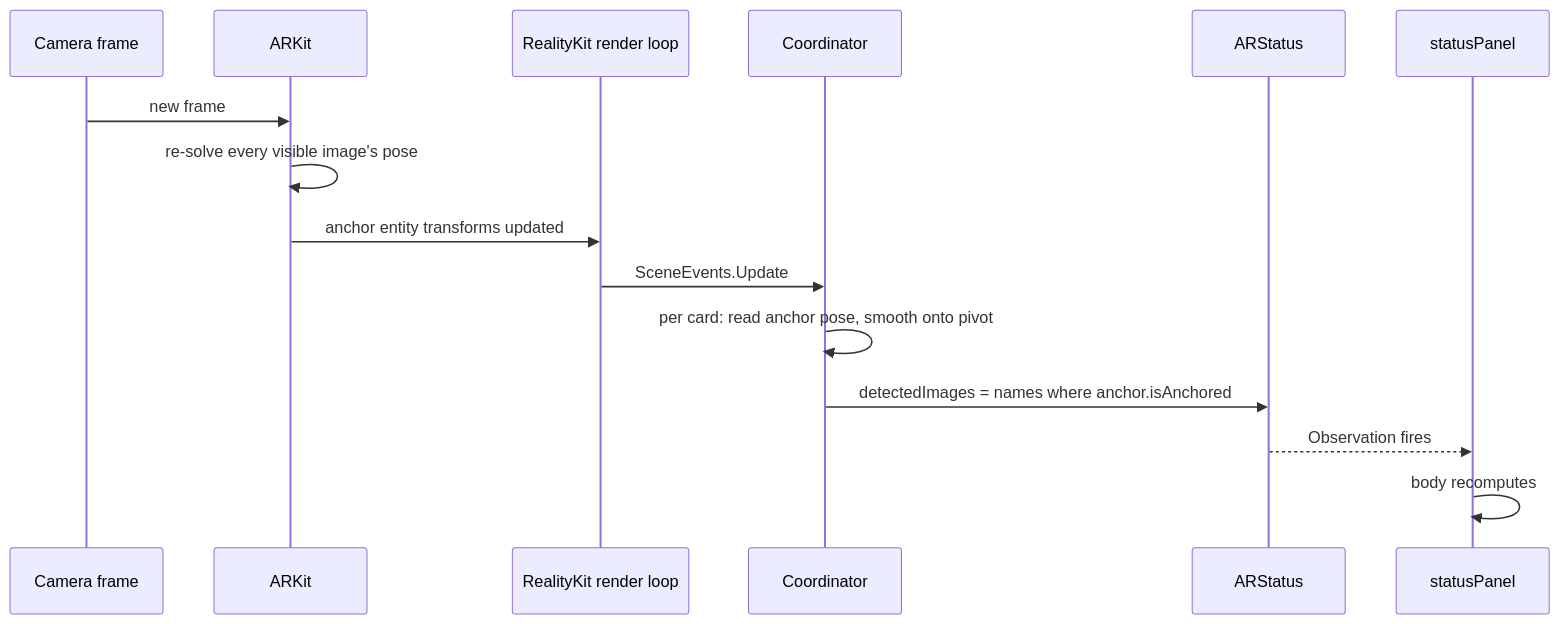
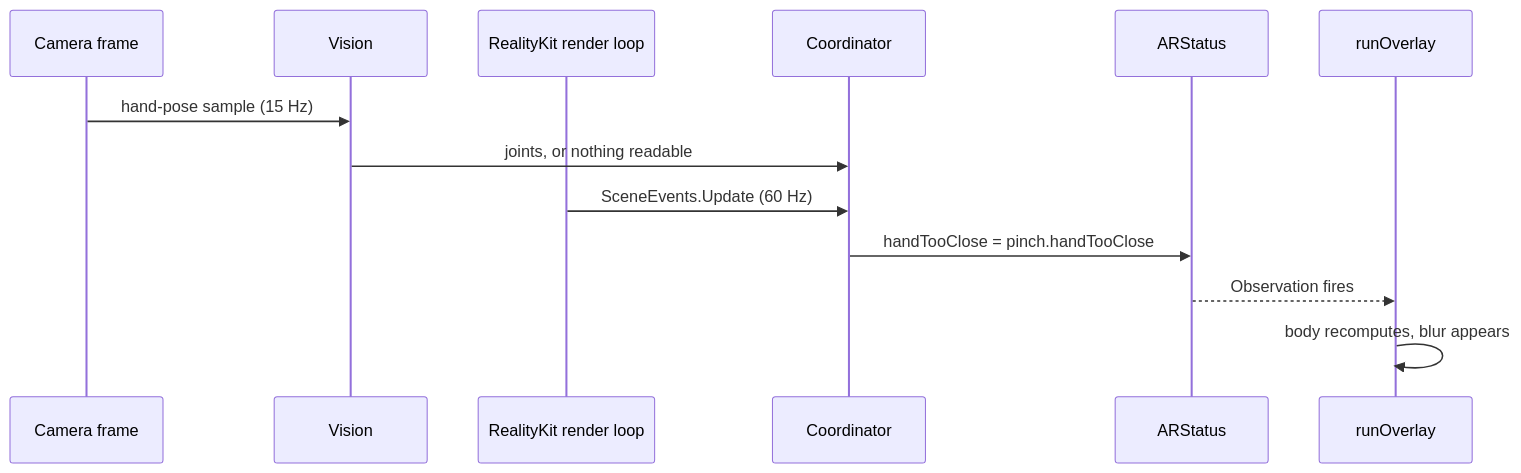
The diagram in docs/app-shell.md (fnt4sia/PostcardAR), drawn with Mermaid before and after one commit. The commit also changed other lines of this file and 17 other files, not shown here.

````diff
--- a/docs/app-shell.md
+++ b/docs/app-shell.md
@@ -311,18 +316,16 @@
 ```mermaid
 sequenceDiagram
     participant Cam as Camera frame
-    participant ARKit
+    participant Vision
     participant RK as RealityKit render loop
     participant Coord as Coordinator
     participant Status as ARStatus
-    participant UI as statusPanel
+    participant UI as runOverlay
 
-    Cam->>ARKit: new frame
-    ARKit->>ARKit: re-solve every visible image's pose
-    ARKit->>RK: anchor entity transforms updated
-    RK->>Coord: SceneEvents.Update
-    Coord->>Coord: per card: read anchor pose, smooth onto pivot
-    Coord->>Status: detectedImages = names where anchor.isAnchored
+    Cam->>Vision: hand-pose sample (15 Hz)
+    Vision->>Coord: joints, or nothing readable
+    RK->>Coord: SceneEvents.Update (60 Hz)
+    Coord->>Status: handTooClose = pinch.handTooClose
     Status-->>UI: Observation fires
-    UI->>UI: body recomputes
+    UI->>UI: body recomputes, blur appears
 ```
````
